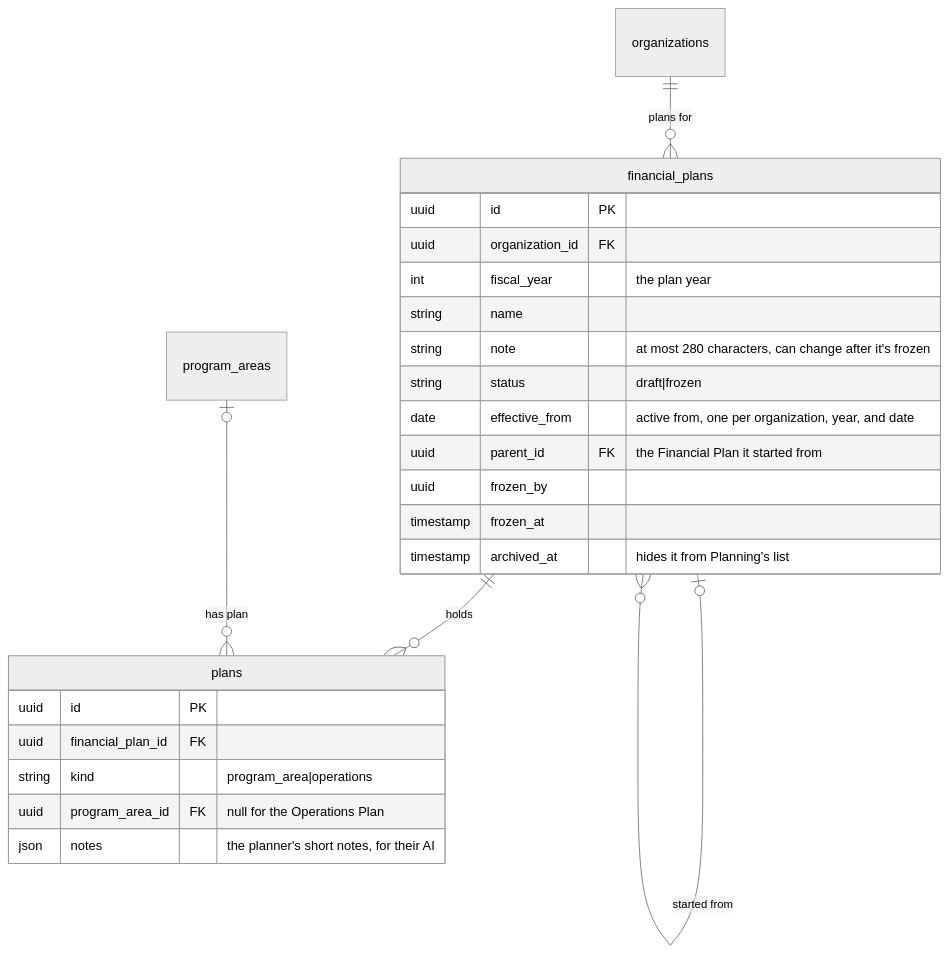
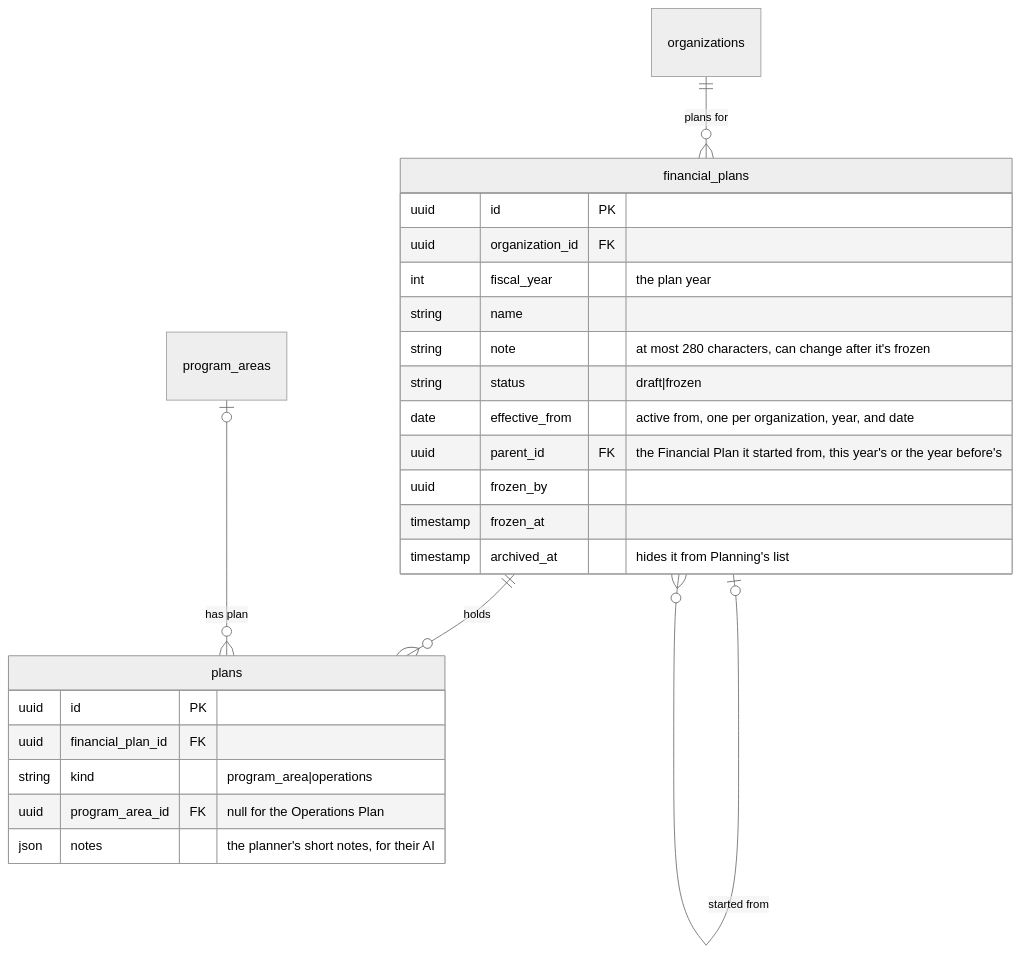
Before and after one commit to cyc-seattle/platform: the third of 7 diagrams in docs/planning-schema.md, drawn with Mermaid (neutral theme). The commit also changed other lines of this file and 4 other files, not shown here.

First line of the commit message:
feat(planning): start next year's Financial Plan from this year's

````diff
--- a/docs/planning-schema.md
+++ b/docs/planning-schema.md
@@ -195,28 +195,28 @@
 ```mermaid
 erDiagram
     organizations ||--o{ financial_plans : "plans for"
     financial_plans |o--o{ financial_plans : "started from"
     financial_plans ||--o{ plans : holds
     program_areas |o--o{ plans : "has plan"
 
     financial_plans {
         uuid id PK
         uuid organization_id FK
         int fiscal_year "the plan year"
         string name
         string note "at most 280 characters, can change after it's frozen"
         string status "draft|frozen"
         date effective_from "active from, one per organization, year, and date"
-        uuid parent_id FK "the Financial Plan it started from"
+        uuid parent_id FK "the Financial Plan it started from, this year's or the year before's"
         uuid frozen_by
         timestamp frozen_at
         timestamp archived_at "hides it from Planning's list"
     }
     plans {
         uuid id PK
         uuid financial_plan_id FK
         string kind "program_area|operations"
         uuid program_area_id FK "null for the Operations Plan"
         json notes "the planner's short notes, for their AI"
     }
 ```
````
